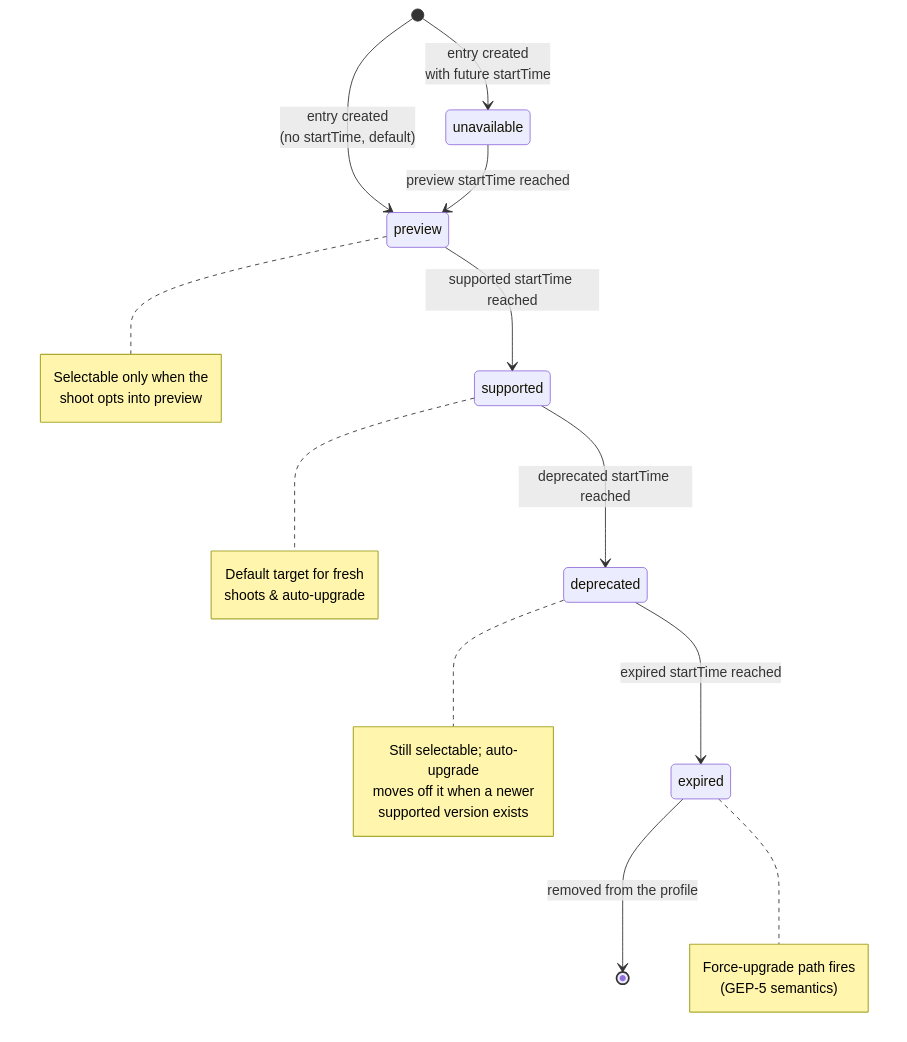
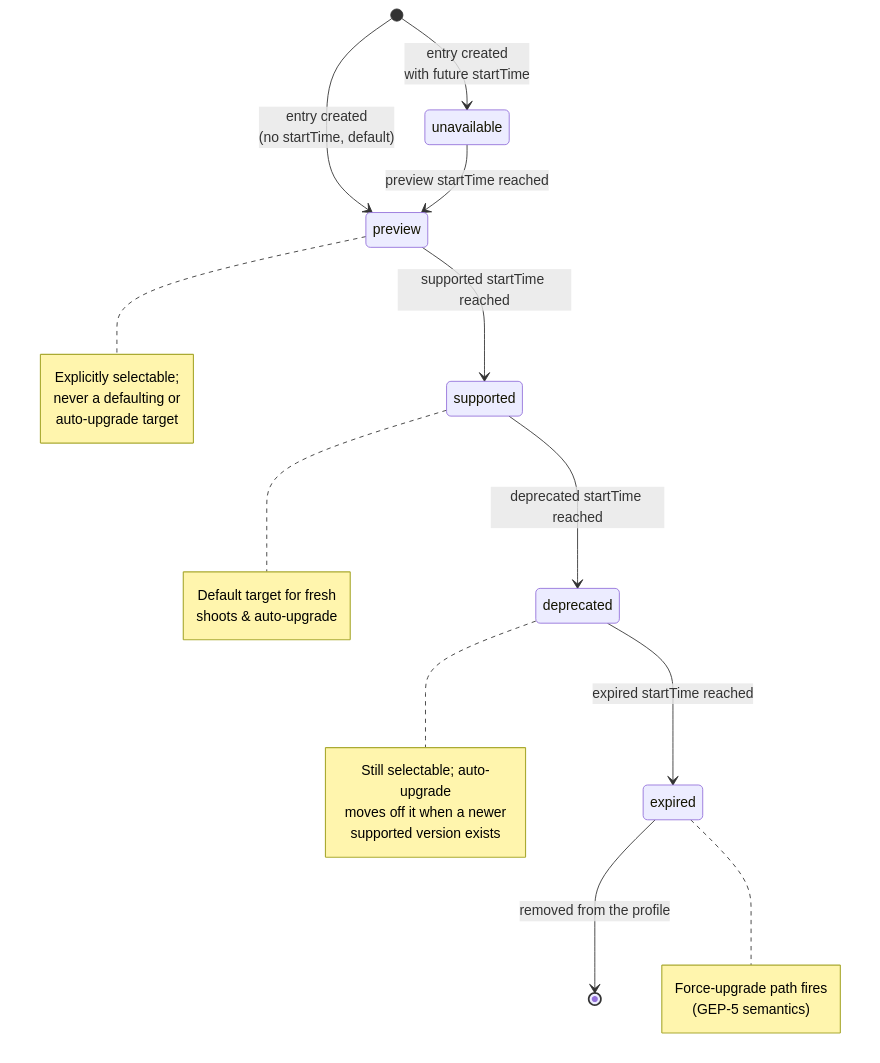
Before and after one commit to DockToFuture/enhancements: the first of 3 diagrams in geps/0078-extension-profile/README.md, drawn with Mermaid. The commit also changed other lines of this file and 5 other files, not shown here.

````diff
--- a/geps/0078-extension-profile/README.md
+++ b/geps/0078-extension-profile/README.md
@@ -458,28 +471,29 @@
 ```mermaid
 stateDiagram-v2
   [*] --> unavailable: entry created<br/>with future startTime
   [*] --> preview: entry created<br/>(no startTime, default)
   unavailable --> preview: preview startTime reached
   preview --> supported: supported startTime reached
   supported --> deprecated: deprecated startTime reached
   deprecated --> expired: expired startTime reached
   expired --> [*]: removed from the profile
 
   note right of preview
-    Selectable only when the
-    shoot opts into preview
+    Explicitly selectable;
+    never a defaulting or
+    auto-upgrade target
   end note
   note right of supported
     Default target for fresh
     shoots &amp; auto-upgrade
   end note
   note right of deprecated
     Still selectable; auto-upgrade
     moves off it when a newer
     supported version exists
   end note
   note right of expired
     Force-upgrade path fires
     (GEP-5 semantics)
   end note
 ```
````
